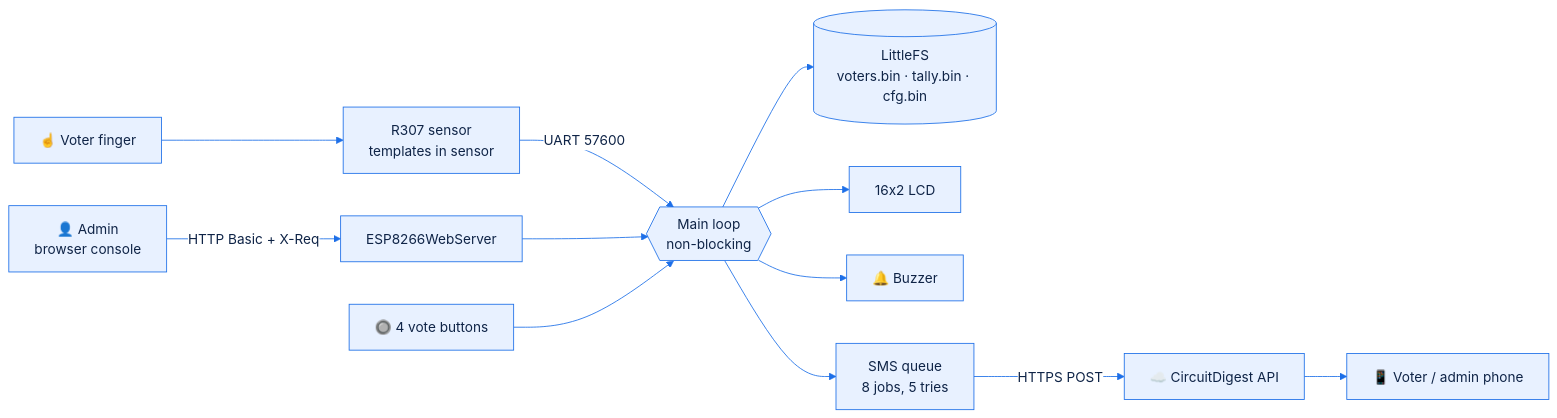
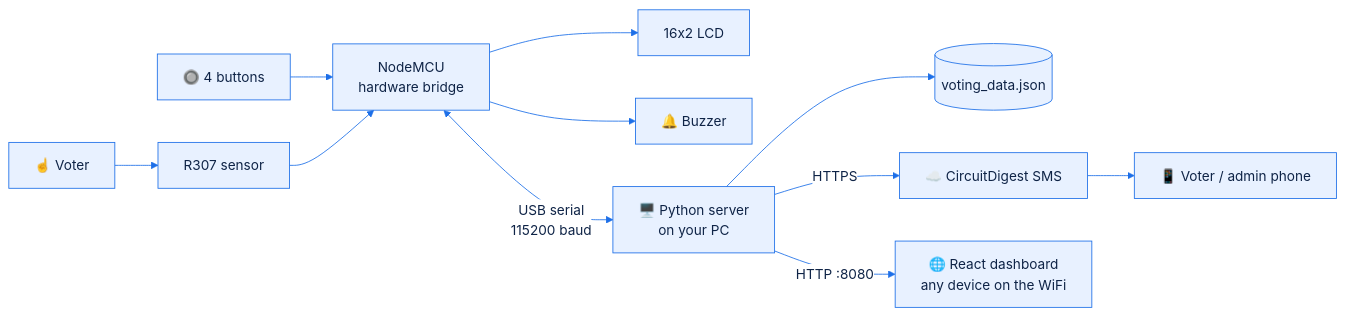
The first of 2 diagrams in README.md (ombhagwat18/VottingSystemFingerPrintSensor), drawn with Mermaid before and after one commit. The commit also changed other lines of this file and 46 other files, not shown here.

First line of the commit message:
Move processing to the PC: NodeMCU hardware bridge + Python server + React dashboard

````diff
--- a/README.md
+++ b/README.md
@@ -76,15 +34,14 @@
 ```mermaid
-%%{init: {'theme':'base','themeVariables':{'primaryColor':'#e8f1ff','primaryTextColor':'#0f2447','primaryBorderColor':'#1d6fe8','lineColor':'#1d6fe8','secondaryColor':'#ffffff','tertiaryColor':'#f2f7ff','fontFamily':'system-ui'}}}%%
+%%{init: {'theme':'base','themeVariables':{'primaryColor':'#e8f1ff','primaryTextColor':'#0f2447','primaryBorderColor':'#1d6fe8','lineColor':'#1d6fe8','secondaryColor':'#ffffff','tertiaryColor':'#f2f7ff'}}}%%
 flowchart LR
-    A[👤 Admin<br/>browser console] -->|HTTP Basic + X-Req| W[ESP8266WebServer]
-    V[☝️ Voter finger] --> S[R307 sensor<br/>templates in sensor]
-    S -->|UART 57600| M{{Main loop<br/>non-blocking}}
-    W --> M
-    B[🔘 4 vote buttons] --> M
-    M --> F[(LittleFS<br/>voters.bin · tally.bin · cfg.bin)]
-    M --> L[16x2 LCD]
-    M --> Z[🔔 Buzzer]
-    M --> Q[SMS queue<br/>8 jobs, 5 tries]
-    Q -->|HTTPS POST| C[☁️ CircuitDigest API]
-    C --> P[📱 Voter / admin phone]
+    V[☝️ Voter] --> S[R307 sensor]
+    B[🔘 4 buttons] --> N
+    S --> N[NodeMCU<br/>hardware bridge]
+    N --> L[16x2 LCD]
+    N --> Z[🔔 Buzzer]
+    N <-->|USB serial<br/>115200 baud| P[🖥️ Python server<br/>on your PC]
+    P --> D[(voting_data.json)]
+    P -->|HTTPS| C[☁️ CircuitDigest SMS]
+    C --> M[📱 Voter / admin phone]
+    P -->|HTTP :8080| W[🌐 React dashboard<br/>any device on the WiFi]
 ```
````
